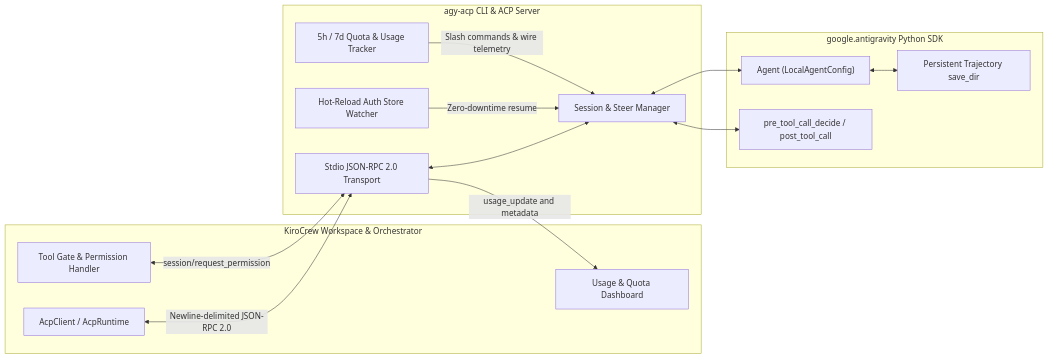
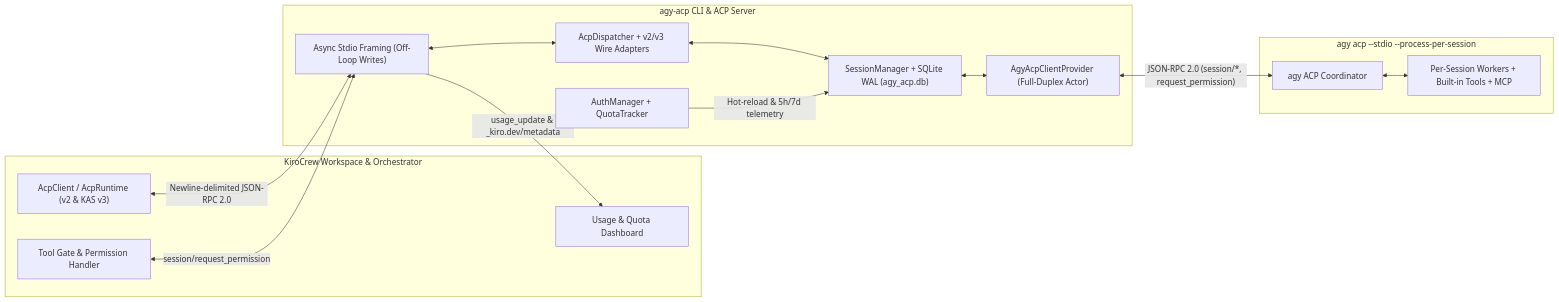
Before and after one commit to benwart/agy-acp: the diagram in docs/index.md, drawn with Mermaid. The commit also changed other lines of this file and 13 other files, not shown here.

Commit message:
docs(acp): update architecture, design, requirements, and runbooks for agy acp subprocess bridge

````diff
--- a/docs/index.md
+++ b/docs/index.md
@@ -5,31 +5,31 @@
 ```mermaid
 flowchart LR
     subgraph KiroCrew["KiroCrew Workspace & Orchestrator"]
-        KC_Client["AcpClient / AcpRuntime"]
+        KC_Client["AcpClient / AcpRuntime (v2 & KAS v3)"]
         KC_Gate["Tool Gate & Permission Handler"]
         KC_Dash["Usage & Quota Dashboard"]
     end
 
     subgraph AgyAcp["agy-acp CLI & ACP Server"]
-        ACP_Stdio["Stdio JSON-RPC 2.0 Transport"]
-        SessionMgr["Session & Steer Manager"]
-        AuthHotReload["Hot-Reload Auth Store Watcher"]
-        QuotaBridge["5h / 7d Quota & Usage Tracker"]
+        ACP_Stdio["Async Stdio Framing (Off-Loop Writes)"]
+        Dispatcher["AcpDispatcher + v2/v3 Wire Adapters"]
+        SessionMgr["SessionManager + SQLite WAL (agy_acp.db)"]
+        AcpClient["AgyAcpClientProvider (Full-Duplex Actor)"]
+        QuotaBridge["AuthManager + QuotaTracker"]
     end
 
-    subgraph AntigravitySDK["google.antigravity Python SDK"]
-        SDK_Agent["Agent (LocalAgentConfig)"]
-        SDK_Hooks["pre_tool_call_decide / post_tool_call"]
-        SDK_Store["Persistent Trajectory save_dir"]
+    subgraph AgySubproc["agy acp --stdio --process-per-session"]
+        AgyRouter["agy ACP Coordinator"]
+        AgyWorkers["Per-Session Workers + Built-in Tools + MCP"]
     end
 
     KC_Client <-->|"Newline-delimited JSON-RPC 2.0"| ACP_Stdio
     KC_Gate <-->|"session/request_permission"| ACP_Stdio
-    ACP_Stdio -->|"usage_update and metadata"| KC_Dash
-    ACP_Stdio <--> SessionMgr
-    SessionMgr <--> SDK_Agent
-    SessionMgr <--> SDK_Hooks
-    SDK_Agent <--> SDK_Store
-    AuthHotReload -->|"Zero-downtime resume"| SessionMgr
-    QuotaBridge -->|"Slash commands & wire telemetry"| SessionMgr
+    ACP_Stdio -->|"usage_update & _kiro.dev/metadata"| KC_Dash
+    ACP_Stdio <--> Dispatcher
+    Dispatcher <--> SessionMgr
+    SessionMgr <--> AcpClient
+    AcpClient <-->|"JSON-RPC 2.0 (session/*, request_permission)"| AgyRouter
+    AgyRouter <--> AgyWorkers
+    QuotaBridge -->|"Hot-reload & 5h/7d telemetry"| SessionMgr
 ```
````
